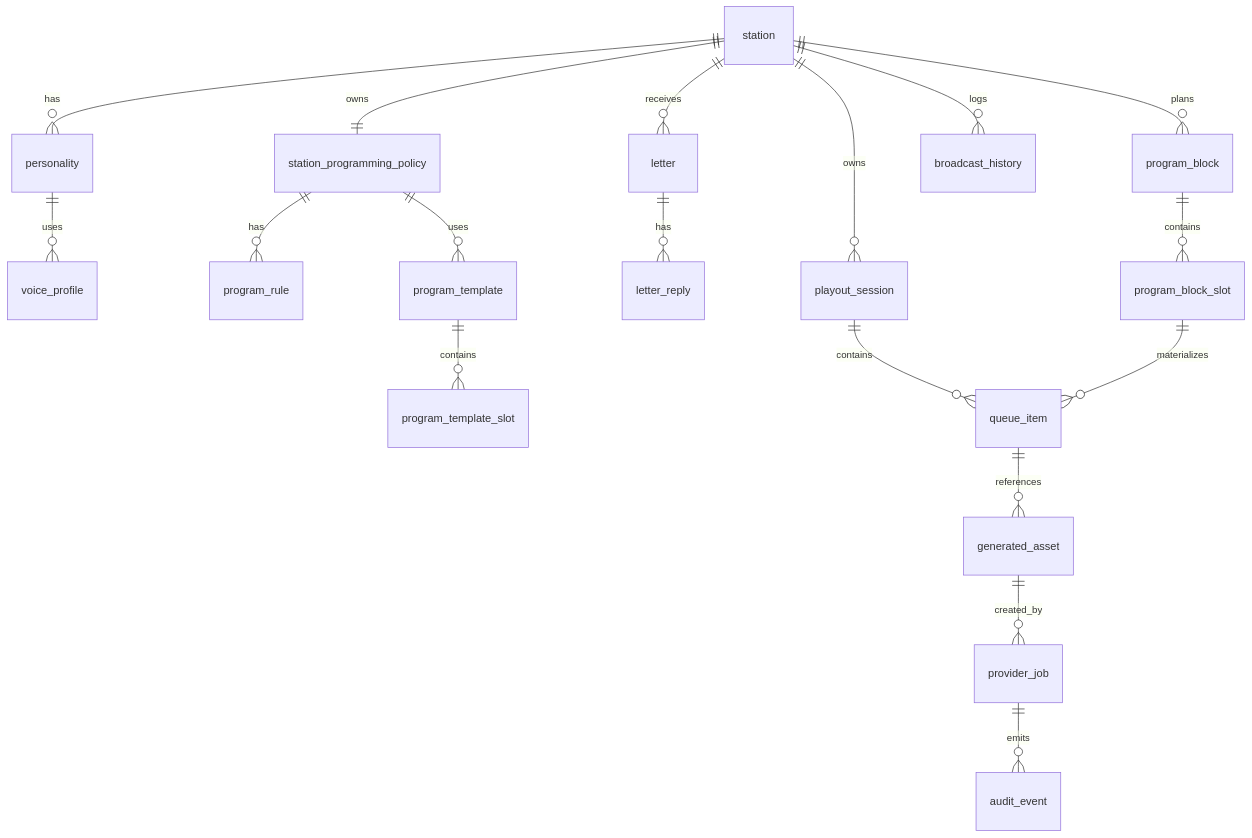
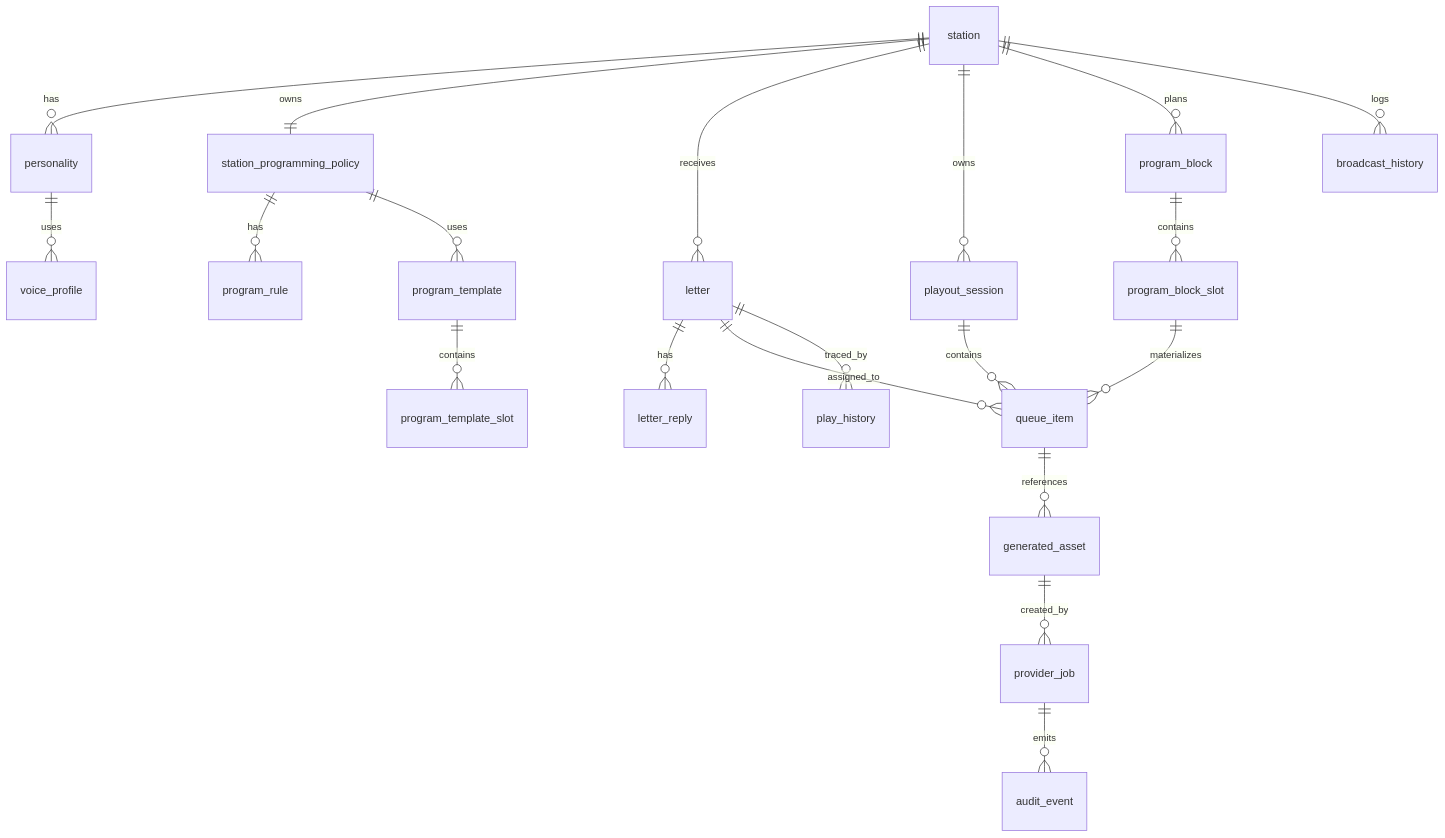
The diagram in doc/04_データ構造設計書.md (iwaken0928/SeedShiftRadio), drawn with Mermaid before and after one commit. The commit also changed other lines of this file and 40 other files, not shown here.

````diff
--- a/doc/04_データ構造設計書.md
+++ b/doc/04_データ構造設計書.md
@@ -38,20 +38,22 @@
 ```mermaid
 erDiagram
     station ||--o{ personality : has
     personality ||--o{ voice_profile : uses
     station ||--|| station_programming_policy : owns
     station_programming_policy ||--o{ program_rule : has
     station_programming_policy ||--o{ program_template : uses
     program_template ||--o{ program_template_slot : contains
     station ||--o{ letter : receives
     letter ||--o{ letter_reply : has
+    letter ||--o{ queue_item : assigned_to
+    letter ||--o{ play_history : traced_by
     station ||--o{ playout_session : owns
     station ||--o{ program_block : plans
     program_block ||--o{ program_block_slot : contains
     playout_session ||--o{ queue_item : contains
     program_block_slot ||--o{ queue_item : materializes
     queue_item ||--o{ generated_asset : references
     generated_asset ||--o{ provider_job : created_by
     station ||--o{ broadcast_history : logs
     provider_job ||--o{ audit_event : emits
 ```
````
